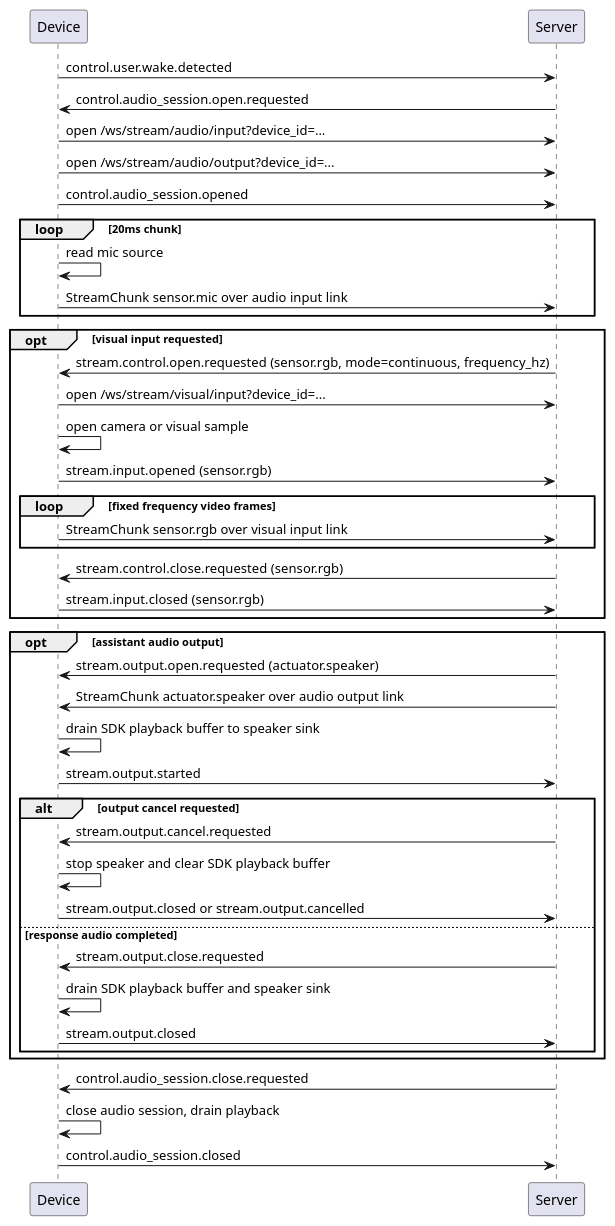
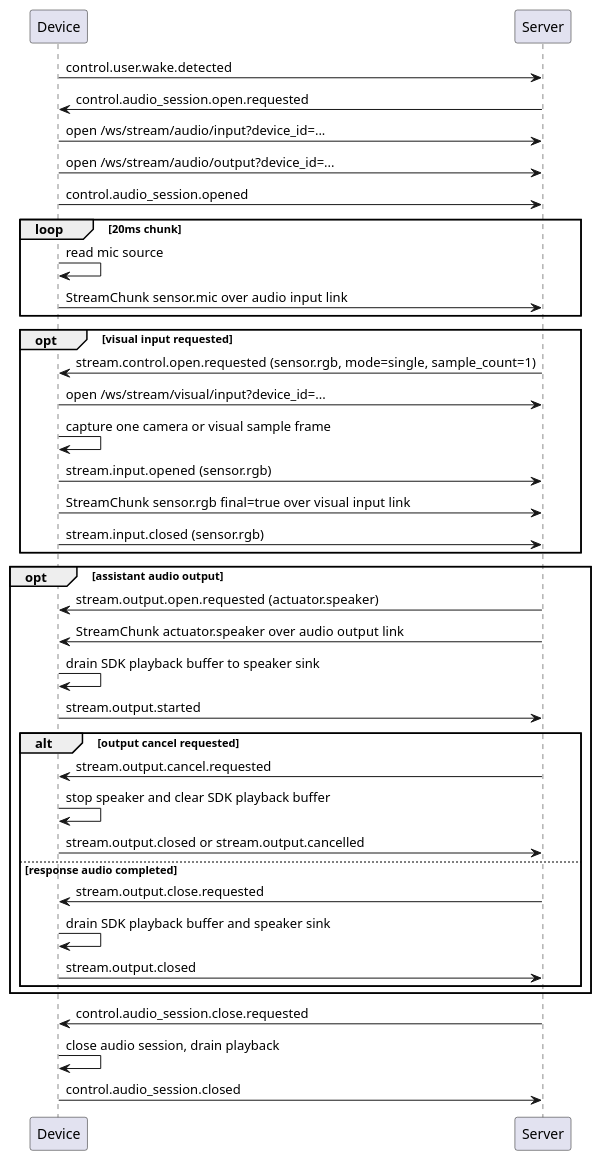
Before and after one commit to HengeLiu/RealtimeAgent: the second of 3 diagrams in docs/reference/device-event-behavior.md, drawn with PlantUML. The commit also changed other lines of this file and 4 other files, not shown here.

````diff
--- a/docs/reference/device-event-behavior.md
+++ b/docs/reference/device-event-behavior.md
@@ -149,45 +149,42 @@
 ```plantuml
 @startuml
 participant Device
 participant Server
 
 Device -> Server: control.user.wake.detected
 Server -> Device: control.audio_session.open.requested
 Device -> Server: open /ws/stream/audio/input?device_id=...
 Device -> Server: open /ws/stream/audio/output?device_id=...
 Device -> Server: control.audio_session.opened
 loop 20ms chunk
   Device -> Device: read mic source
   Device -> Server: StreamChunk sensor.mic over audio input link
 end
 opt visual input requested
-  Server -> Device: stream.control.open.requested (sensor.rgb, mode=continuous, frequency_hz)
+  Server -> Device: stream.control.open.requested (sensor.rgb, mode=single, sample_count=1)
   Device -> Server: open /ws/stream/visual/input?device_id=...
-  Device -> Device: open camera or visual sample
+  Device -> Device: capture one camera or visual sample frame
   Device -> Server: stream.input.opened (sensor.rgb)
-  loop fixed frequency video frames
-    Device -> Server: StreamChunk sensor.rgb over visual input link
-  end
-  Server -> Device: stream.control.close.requested (sensor.rgb)
+  Device -> Server: StreamChunk sensor.rgb final=true over visual input link
   Device -> Server: stream.input.closed (sensor.rgb)
 end
 opt assistant audio output
   Server -> Device: stream.output.open.requested (actuator.speaker)
   Server -> Device: StreamChunk actuator.speaker over audio output link
   Device -> Device: drain SDK playback buffer to speaker sink
   Device -> Server: stream.output.started
   alt output cancel requested
     Server -> Device: stream.output.cancel.requested
     Device -> Device: stop speaker and clear SDK playback buffer
     Device -> Server: stream.output.closed or stream.output.cancelled
   else response audio completed
     Server -> Device: stream.output.close.requested
     Device -> Device: drain SDK playback buffer and speaker sink
     Device -> Server: stream.output.closed
   end
 end
 Server -> Device: control.audio_session.close.requested
 Device -> Device: close audio session, drain playback
 Device -> Server: control.audio_session.closed
 @enduml
 ```
````
